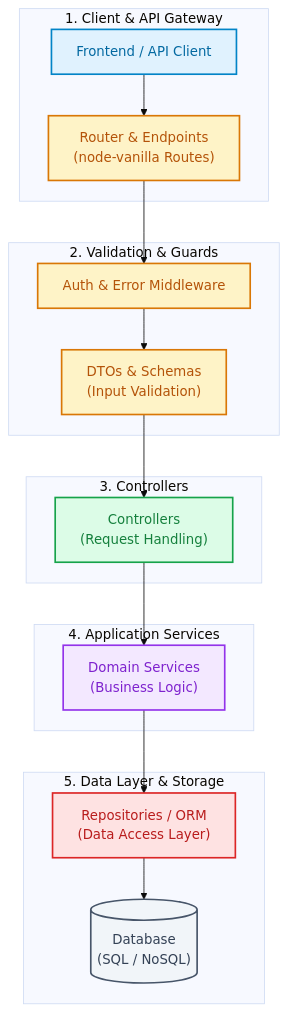
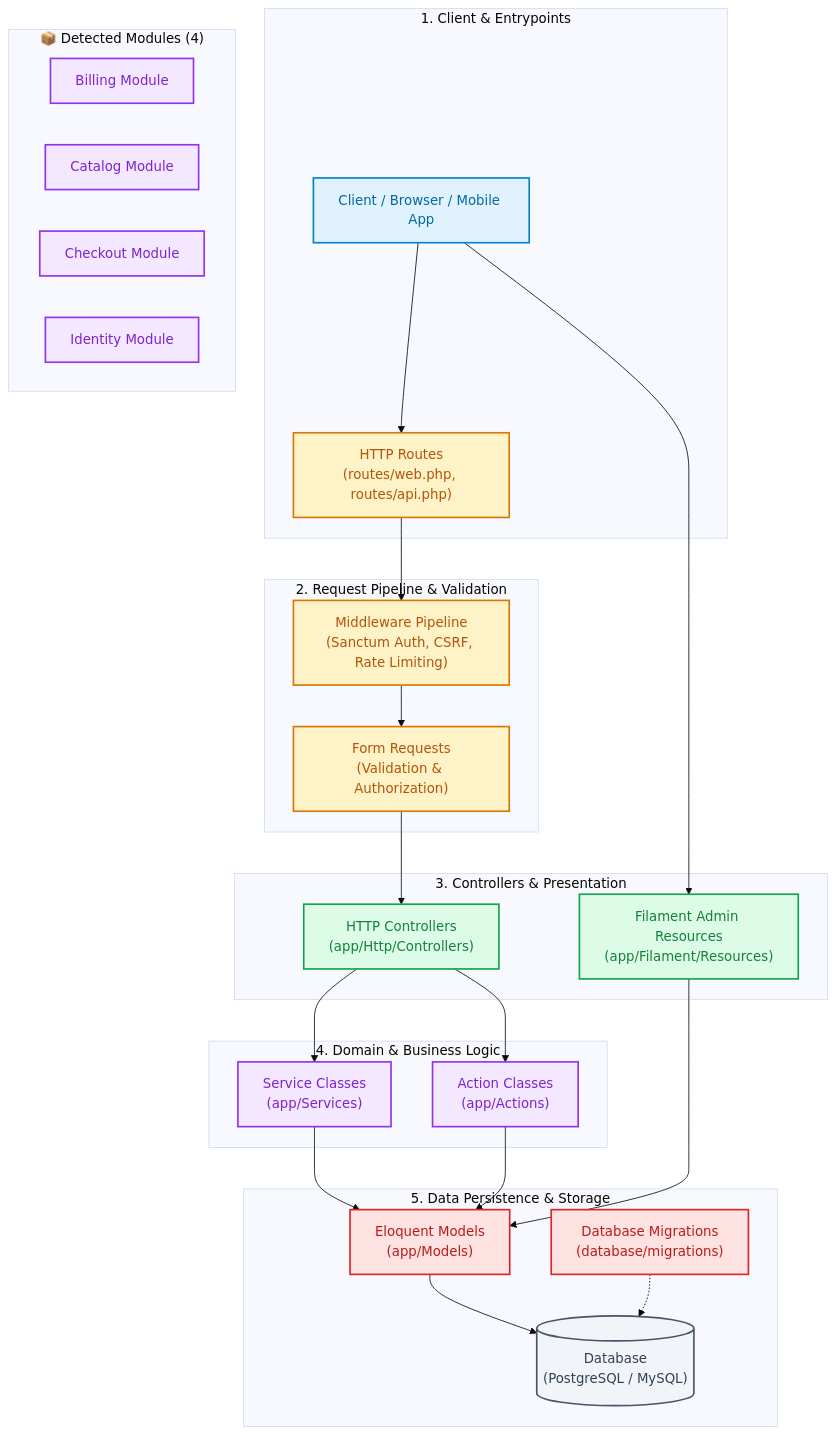
Before and after one commit to SidiqFatuh187/Larats: the diagram in ARCHITECTURE.md, drawn with Mermaid (base theme). The commit also changed other lines of this file and 4 other files, not shown here.

Commit message:
feat: improve dynamic mermaid diagram, clarify manifest inspection, add showcase ARCHITECTURE.md, and add CI workflow

````diff
--- a/ARCHITECTURE.md
+++ b/ARCHITECTURE.md
@@ -37,42 +50,56 @@
 ```mermaid
 flowchart TD
     %% Styling Definitions
     classDef client fill:#E0F2FE,stroke:#0284C7,stroke-width:2px,color:#0369A1;
     classDef routing fill:#FEF3C7,stroke:#D97706,stroke-width:2px,color:#B45309;
     classDef controller fill:#DCFCE7,stroke:#16A34A,stroke-width:2px,color:#15803D;
     classDef service fill:#F3E8FF,stroke:#9333EA,stroke-width:2px,color:#7E22CE;
     classDef data fill:#FEE2E2,stroke:#DC2626,stroke-width:2px,color:#B91C1C;
     classDef db fill:#F1F5F9,stroke:#475569,stroke-width:2px,color:#334155;
 
-    subgraph Layer1 ["1. Client & API Gateway"]
-        Client["Frontend / API Client"]:::client
-        Router["Router & Endpoints<br/>(node-vanilla Routes)"]:::routing
+    subgraph EntryLayer ["1. Client & Entrypoints"]
+        Client["Client / Browser / Mobile App"]:::client
+        Routes["HTTP Routes<br/>(routes/web.php, routes/api.php)"]:::routing
     end
 
-    subgraph Layer2 ["2. Validation & Guards"]
-        Middleware["Auth & Error Middleware"]:::routing
-        DTOs["DTOs & Schemas<br/>(Input Validation)"]:::routing
+    subgraph RequestLayer ["2. Request Pipeline & Validation"]
+        Middleware["Middleware Pipeline<br/>(Sanctum Auth, CSRF, Rate Limiting)"]:::routing
+        FormRequests["Form Requests<br/>(Validation & Authorization)"]:::routing
     end
 
-    subgraph Layer3 ["3. Controllers"]
-        Controllers["Controllers<br/>(Request Handling)"]:::controller
+    subgraph HttpLayer ["3. Controllers & Presentation"]
+        Controllers["HTTP Controllers<br/>(app/Http/Controllers)"]:::controller
+        Filament["Filament Admin Resources<br/>(app/Filament/Resources)"]:::controller
     end
 
-    subgraph Layer4 ["4. Application Services"]
-        Services["Domain Services<br/>(Business Logic)"]:::service
+    subgraph DomainLayer ["4. Domain & Business Logic"]
+        Services["Service Classes<br/>(app/Services)"]:::service
+        Actions["Action Classes<br/>(app/Actions)"]:::service
     end
 
-    subgraph Layer5 ["5. Data Layer & Storage"]
-        Repositories["Repositories / ORM<br/>(Data Access Layer)"]:::data
-        Database[("Database<br/>(SQL / NoSQL)")]:::db
+    subgraph DataLayer ["5. Data Persistence & Storage"]
+        Models["Eloquent Models<br/>(app/Models)"]:::data
+        Database[("Database<br/>(PostgreSQL / MySQL)")]:::db
+        Migrations["Database Migrations<br/>(database/migrations)"]:::data
     end
 
-    Client --> Router
-    Router --> Middleware
-    Middleware --> DTOs
-    DTOs --> Controllers
+    Client --> Routes
+    Routes --> Middleware
+    Middleware --> FormRequests
+    FormRequests --> Controllers
     Controllers --> Services
-    Services --> Repositories
-    Repositories --> Database
+    Controllers --> Actions
+    Services --> Models
+    Actions --> Models
+    Client --> Filament
+    Filament --> Models
+    Models --> Database
+    Migrations -.-> Database
 
+    subgraph ModulesLayer ["📦 Detected Modules (4)"]
+        Mod_0["Billing Module"]:::service
+        Mod_1["Catalog Module"]:::service
+        Mod_2["Checkout Module"]:::service
+        Mod_3["Identity Module"]:::service
+    end
 ```
````
